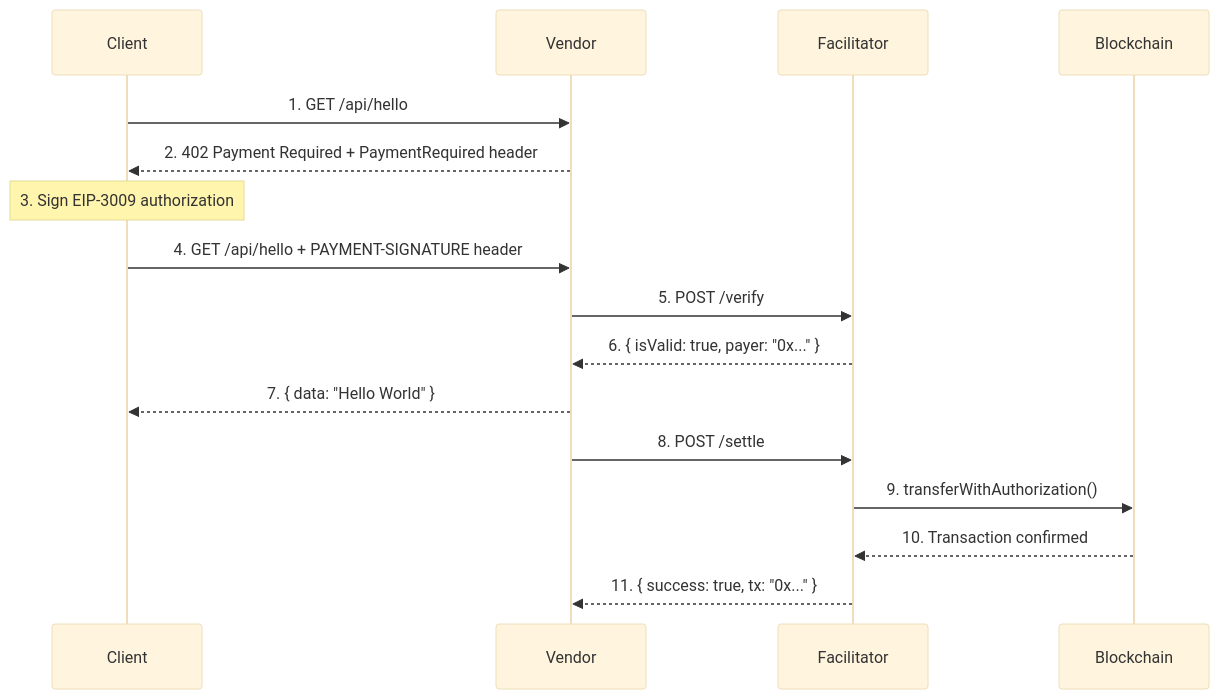
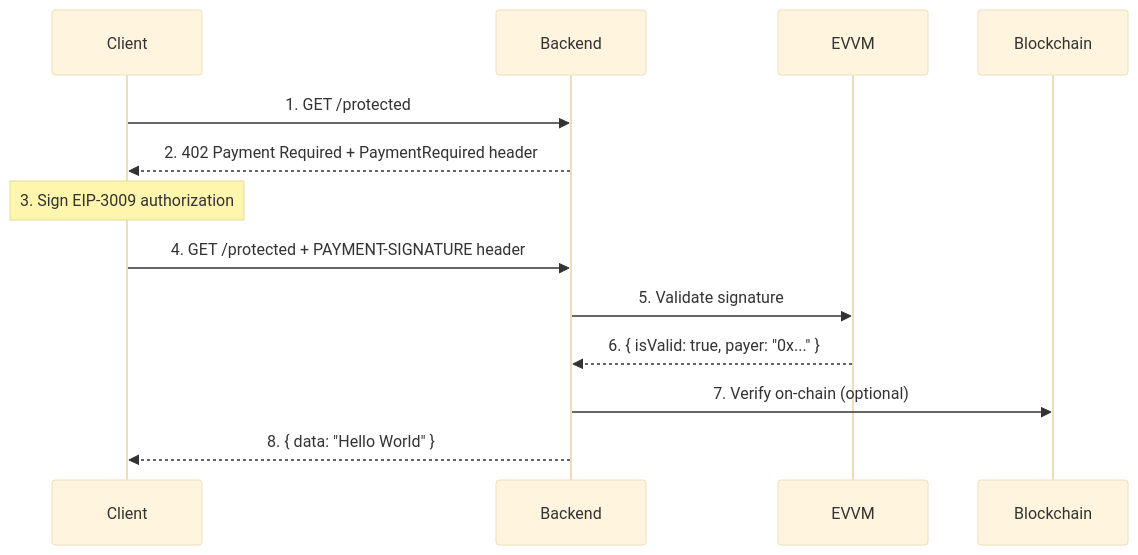
One commit to menuRivera/x402-demo changed the first of 2 diagrams in README.md. Above: the diagram before and after it, drawn with Mermaid (base theme). The commit also changed other lines of this file and 20 other files, not shown here.

Commit message:
feat: readme and deleted legacy projets (vendor and facilitator)

````diff
--- a/README.md
+++ b/README.md
@@ -7,22 +7,18 @@
 ```mermaid
 sequenceDiagram
     participant Client
-    participant Vendor
-    participant Facilitator
+    participant Backend
+    participant EVVM
     participant Blockchain
 
-    Client->>Vendor: 1. GET /api/hello
-    Vendor-->>Client: 2. 402 Payment Required + PaymentRequired header
+    Client->>Backend: 1. GET /protected
+    Backend-->>Client: 2. 402 Payment Required + PaymentRequired header
     
     Note over Client: 3. Sign EIP-3009 authorization
     
-    Client->>Vendor: 4. GET /api/hello + PAYMENT-SIGNATURE header
-    Vendor->>Facilitator: 5. POST /verify
-    Facilitator-->>Vendor: 6. { isValid: true, payer: "0x..." }
-    Vendor-->>Client: 7. { data: "Hello World" }
-    
-    Vendor->>Facilitator: 8. POST /settle
-    Facilitator->>Blockchain: 9. transferWithAuthorization()
-    Blockchain-->>Facilitator: 10. Transaction confirmed
-    Facilitator-->>Vendor: 11. { success: true, tx: "0x..." }
+    Client->>Backend: 4. GET /protected + PAYMENT-SIGNATURE header
+    Backend->>EVVM: 5. Validate signature
+    EVVM-->>Backend: 6. { isValid: true, payer: "0x..." }
+    Backend->>Blockchain: 7. Verify on-chain (optional)
+    Backend-->>Client: 8. { data: "Hello World" }
 ```
````
